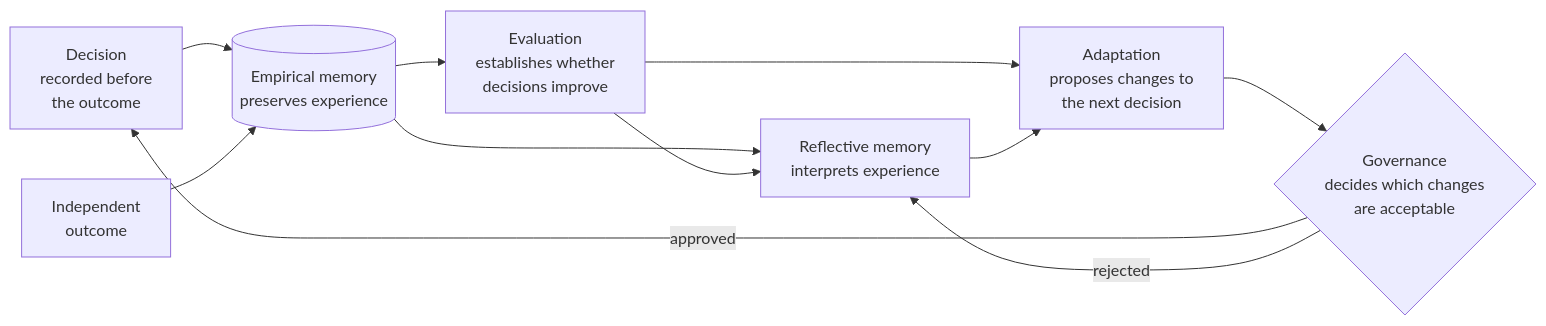
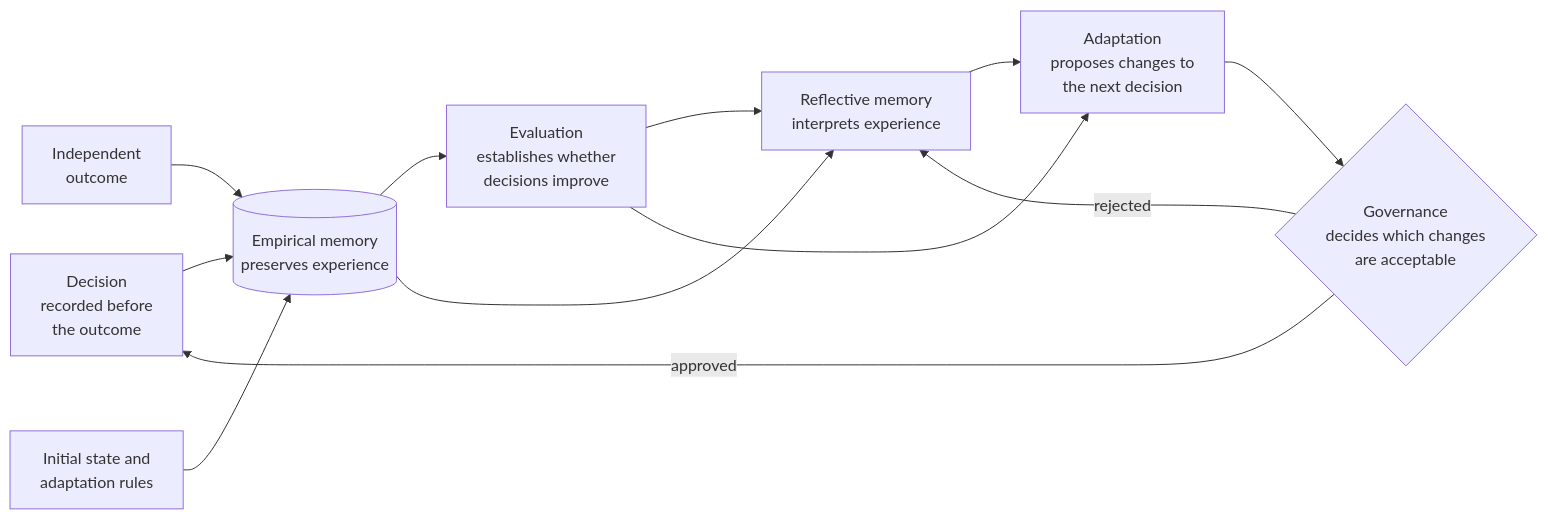
One commit to Lamiv/Lamiv.github.io changed the first of 3 diagrams in blog/intelligence-that-compounds-1-building-it.md. Above: the diagram before and after it, drawn with Mermaid. The commit also changed other lines of this file and 19 other files, not shown here.

First line of the commit message:
Intelligence That Compounds: reproducibility as architecture and one visual language (#39)

````diff
--- a/blog/intelligence-that-compounds-1-building-it.md
+++ b/blog/intelligence-that-compounds-1-building-it.md
@@ -22,13 +22,14 @@
 ```mermaid
 flowchart LR
     D["Decision<br/>recorded before<br/>the outcome"] --> EM[("Empirical memory<br/>preserves experience")]
     O["Independent<br/>outcome"] --> EM
+    S["Initial state and<br/>adaptation rules"] --> EM
     EM --> EV["Evaluation<br/>establishes whether<br/>decisions improve"]
     EM --> RM["Reflective memory<br/>interprets experience"]
     EV --> RM
     EV --> AD["Adaptation<br/>proposes changes to<br/>the next decision"]
     RM --> AD
     AD --> G{"Governance<br/>decides which changes<br/>are acceptable"}
     G -->|"approved"| D
     G -->|"rejected"| RM
 ```
````
